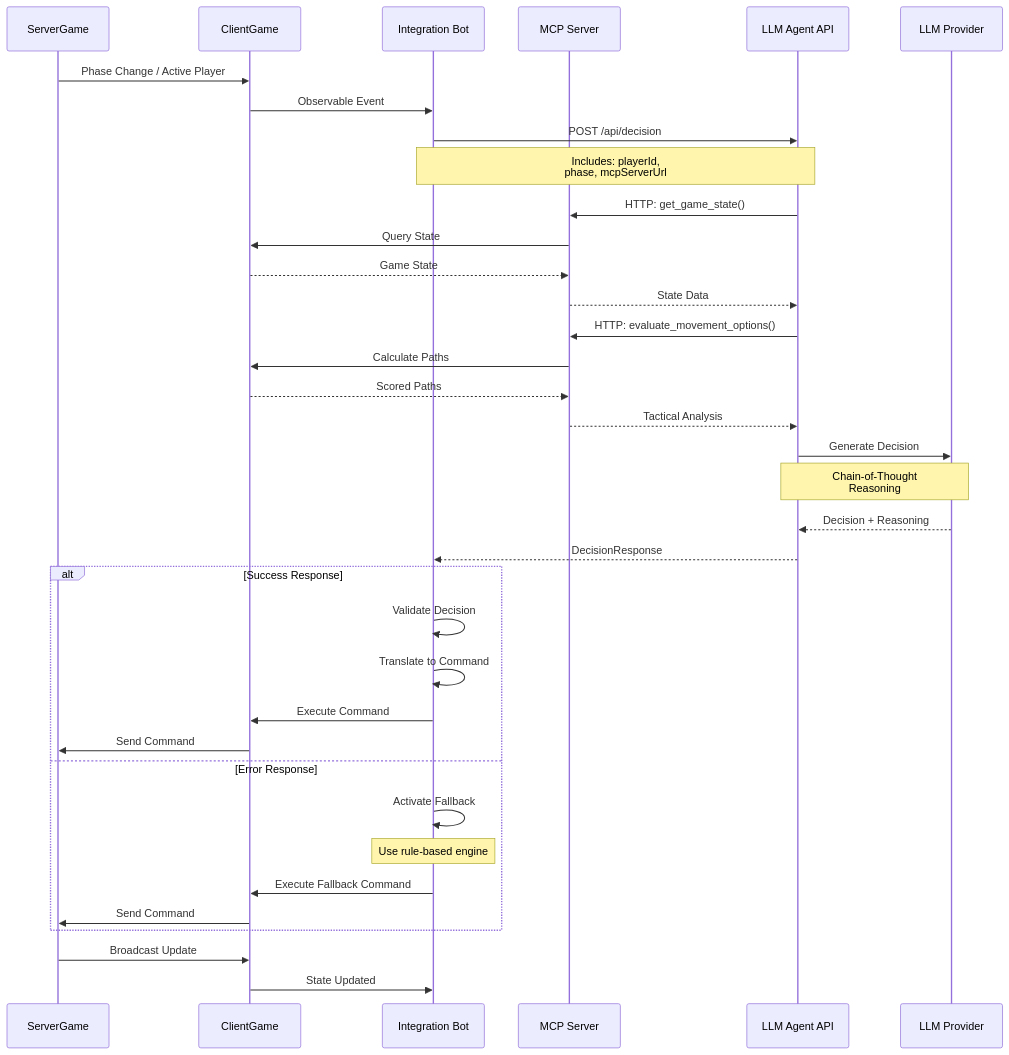
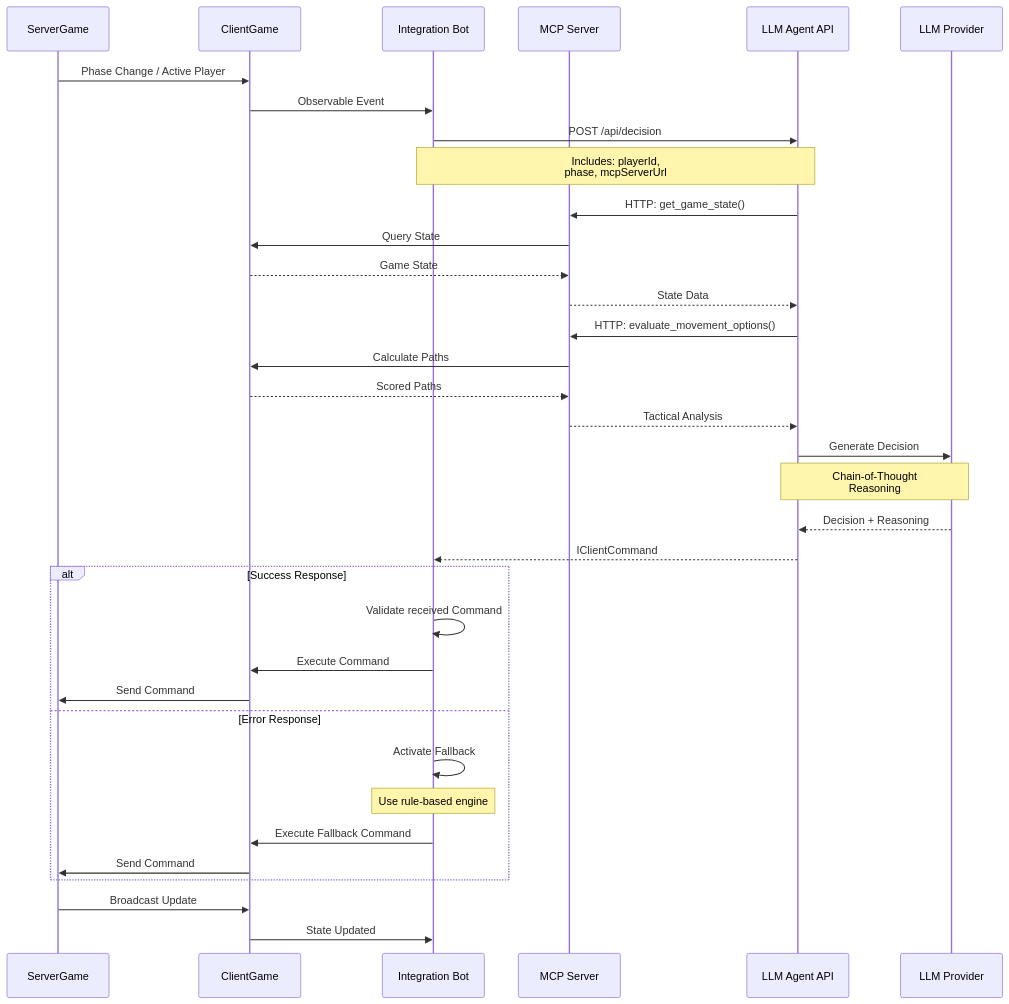
Before and after one commit to anton-makarevich/MakaMek: the diagram in docs/architecture/llm-bot-system-design.md, drawn with Mermaid. The commit also changed other lines of this file, not shown here.

Commit message:
doc: clarify agent response format

````diff
--- a/docs/architecture/llm-bot-system-design.md
+++ b/docs/architecture/llm-bot-system-design.md
@@ -286,46 +286,45 @@
 ```mermaid
 sequenceDiagram
     participant SG as ServerGame
     participant CG as ClientGame
     participant IB as Integration Bot
     participant MCP as MCP Server
     participant Agent as LLM Agent API
     participant LLM as LLM Provider
 
     SG->>CG: Phase Change / Active Player
     CG->>IB: Observable Event
 
     IB->>Agent: POST /api/decision
     Note over IB,Agent: Includes: playerId,<br/>phase, mcpServerUrl
 
     Agent->>MCP: HTTP: get_game_state()
     MCP->>CG: Query State
     CG-->>MCP: Game State
     MCP-->>Agent: State Data
 
     Agent->>MCP: HTTP: evaluate_movement_options()
     MCP->>CG: Calculate Paths
     CG-->>MCP: Scored Paths
     MCP-->>Agent: Tactical Analysis
 
     Agent->>LLM: Generate Decision
     Note over Agent,LLM: Chain-of-Thought<br/>Reasoning
     LLM-->>Agent: Decision + Reasoning
 
-    Agent-->>IB: DecisionResponse
+    Agent-->>IB: IClientCommand
 
     alt Success Response
-        IB->>IB: Validate Decision
-        IB->>IB: Translate to Command
+    IB->>IB: Validate received Command
         IB->>CG: Execute Command
         CG->>SG: Send Command
     else Error Response
         IB->>IB: Activate Fallback
         Note over IB: Use rule-based engine
         IB->>CG: Execute Fallback Command
         CG->>SG: Send Command
     end
 
     SG->>CG: Broadcast Update
     CG->>IB: State Updated
 ```
````
